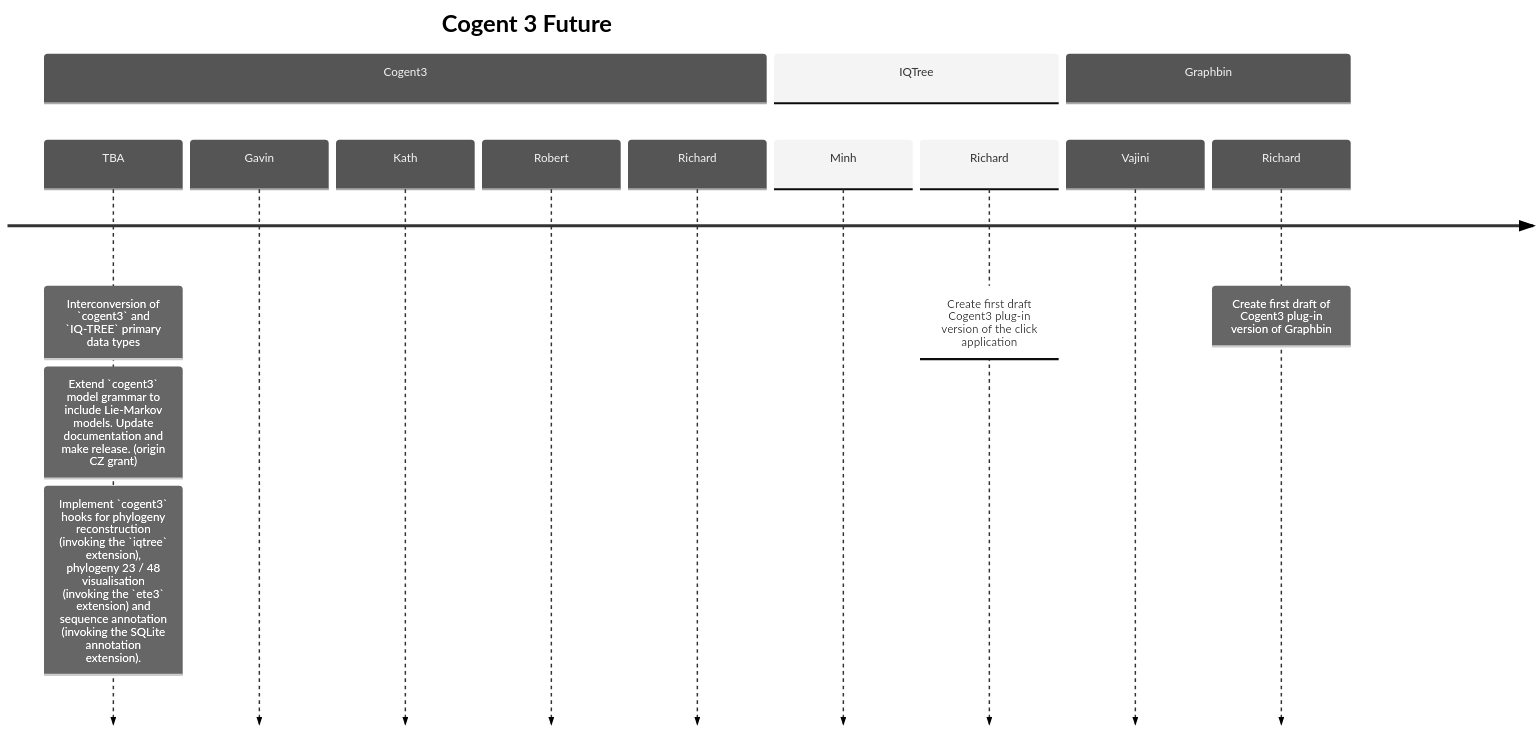
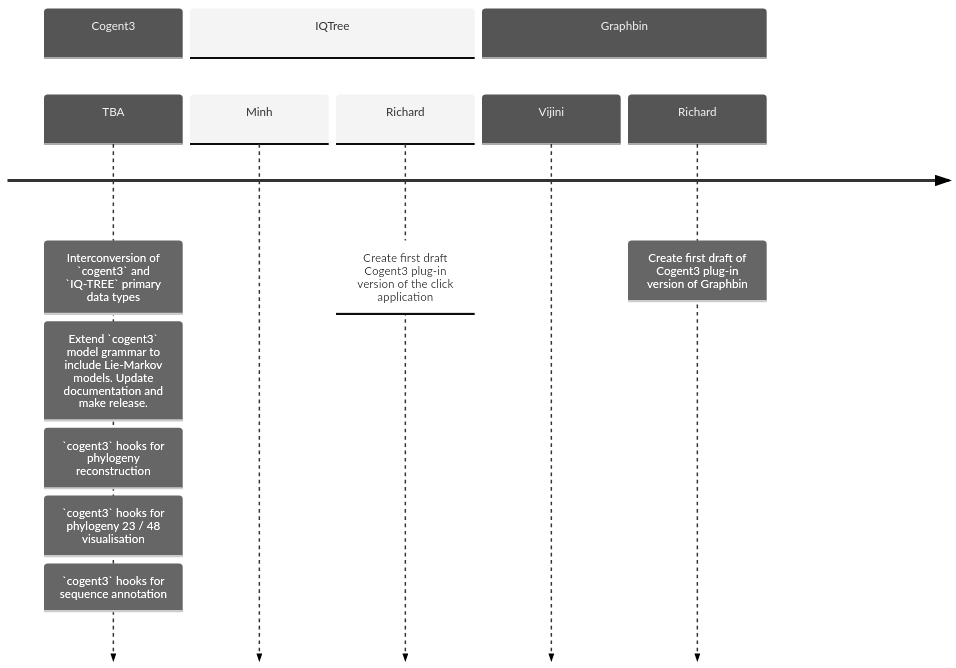
Before and after one commit to khiron/testscriv: the fourth of 4 diagrams in docs/milestones.md, drawn with Mermaid (neutral theme). The commit also changed other lines of this file, not shown here.

````diff
--- a/docs/milestones.md
+++ b/docs/milestones.md
@@ -84,25 +91,19 @@
 ```mermaid
 timeline
-title Cogent 3 Future
-
 section Cogent3
 TBA 
 : Interconversion of `cogent3` and `IQ-TREE` primary data types 
-: Extend `cogent3` model grammar to include Lie-Markov models. Update documentation and make release. (origin CZ grant)
-: Implement `cogent3` hooks for phylogeny reconstruction (invoking the `iqtree` extension), phylogeny 23 / 48 visualisation (invoking the `ete3` extension) and sequence annotation (invoking the SQLite annotation extension).
+: Extend `cogent3` model grammar to include Lie-Markov models. Update documentation and make release. 
+: `cogent3` hooks for phylogeny reconstruction : `cogent3` hooks for phylogeny 23 / 48 visualisation : `cogent3` hooks for sequence annotation
 
-Gavin 
-Kath 
-Robert 
-Richard 
 
 section IQTree
 Minh 
 Richard
 : Create first draft Cogent3 plug-in version of the click application
 
 section Graphbin 
-Vajini 
+Vijini 
 Richard
 : Create first draft of Cogent3 plug-in version of Graphbin
 ```
````
